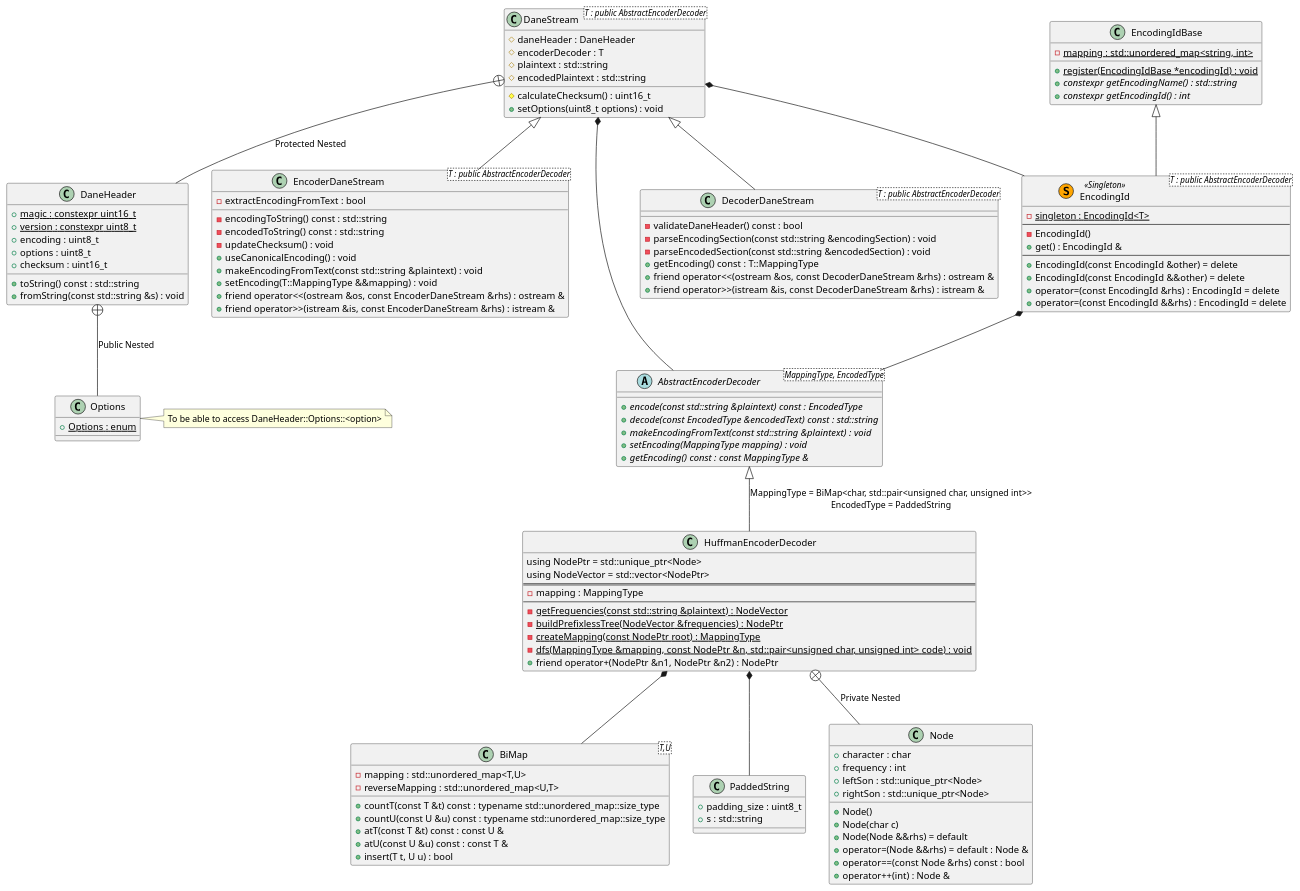
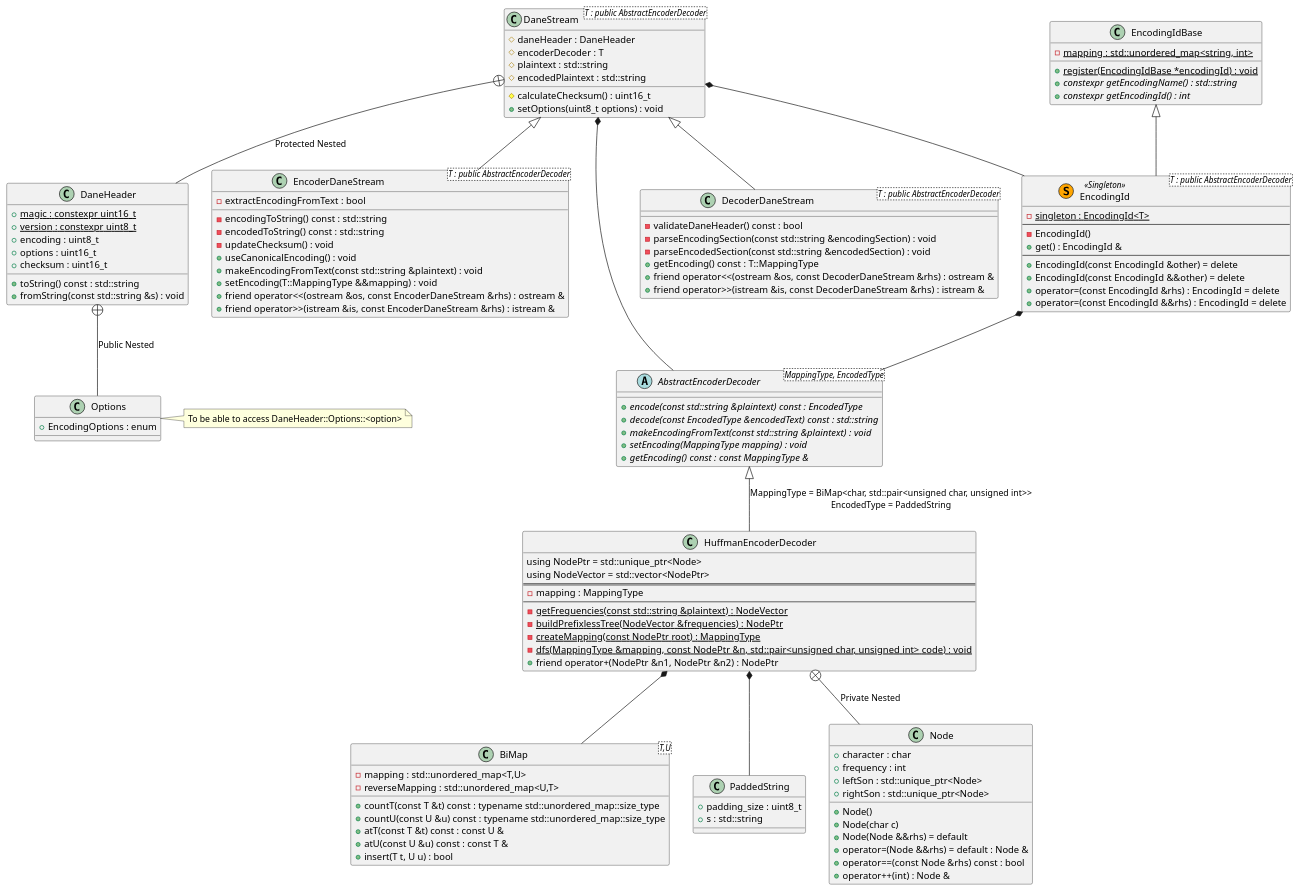
One commit to dan1994/cpp--dane changed the diagram in docs/design.puml. Above: the diagram before and after it, drawn with PlantUML. The commit also changed 2 other files, not shown here.

```diff
--- a/docs/design.puml
+++ b/docs/design.puml
@@ -1,130 +1,130 @@
 @startuml dane
 class BiMap<T,U> {
 	- {field}	mapping : std::unordered_map<T,U>
 	- {field}	reverseMapping : std::unordered_map<U,T>
 	+ {method}	countT(const T &t) const : typename std::unordered_map::size_type
 	+ {method}	countU(const U &u) const : typename std::unordered_map::size_type
 	+ {method}	atT(const T &t) const : const U &
 	+ {method}	atU(const U &u) const : const T &
 	+ {method}	insert(T t, U u) : bool
 }
 
 class PaddedString {
 	+ {field}	padding_size : uint8_t
 	+ {field}	s : std::string
 }
 
 abstract class AbstractEncoderDecoder<MappingType, EncodedType> {
 	+ {method}	{abstract} encode(const std::string &plaintext) const : EncodedType
 	+ {method}	{abstract} decode(const EncodedType &encodedText) const : std::string
 	+ {method}	{abstract} makeEncodingFromText(const std::string &plaintext) : void
 	+ {method}	{abstract} setEncoding(MappingType mapping) : void
 	+ {method}	{abstract} getEncoding() const : const MappingType &
 }
 
 AbstractEncoderDecoder <|-- HuffmanEncoderDecoder : \
 MappingType = BiMap<char, std::pair<unsigned char, unsigned int>>\n\
 EncodedType = PaddedString
 HuffmanEncoderDecoder *-- BiMap
 HuffmanEncoderDecoder *-- PaddedString
 HuffmanEncoderDecoder +-- Node : "Private Nested"
 class HuffmanEncoderDecoder {
 	using NodePtr = std::unique_ptr<Node>
 	using NodeVector = std::vector<NodePtr>
 	==
 	- {field}	mapping : MappingType
 	--
 	- {method}	{static} getFrequencies(const std::string &plaintext) : NodeVector
 	- {method}	{static} buildPrefixlessTree(NodeVector &frequencies) : NodePtr
 	- {method}	{static} createMapping(const NodePtr root) : MappingType
 	- {method}	{static} dfs(MappingType &mapping, const NodePtr &n, \
 std::pair<unsigned char, unsigned int> code) : void
 	+ {method}	friend operator+(NodePtr &n1, NodePtr &n2) : NodePtr
 }
 
 class Node {
 	+ {field}	character : char
 	+ {field}	frequency : int
 	+ {field}	leftSon : std::unique_ptr<Node>
 	+ {field}	rightSon : std::unique_ptr<Node>
 	+ {method}	Node()
 	+ {method}	Node(char c)
 	+ {method}	Node(Node &&rhs) = default
 	+ {method}	operator=(Node &&rhs) = default : Node &
 	+ {method}	operator==(const Node &rhs) const : bool
 	+ {method}	operator++(int) : Node &
 }
 
 DaneStream +-- DaneHeader : Protected Nested
 class DaneHeader {
 	+ {field}	{static} magic : constexpr uint16_t
 	+ {field}	{static} version : constexpr uint8_t
 	+ {field}	encoding : uint8_t
-	+ {field}	options : uint8_t
+	+ {field}	options : uint16_t
 	+ {field}	checksum : uint16_t
 	+ {method}	toString() const : std::string
 	+ {method}	fromString(const std::string &s) : void
 }
 
 DaneHeader +-- Options : Public Nested
 note right of Options : To be able to access DaneHeader::Options::<option>
 class Options {
-	+ {field}	{static} Options : enum
+	+ {field}	EncodingOptions : enum
 }
 
 DaneStream *-- AbstractEncoderDecoder
 DaneStream *-- EncodingId
 class DaneStream<T : public AbstractEncoderDecoder> {
 	# {field}	daneHeader : DaneHeader
 	# {field}	encoderDecoder : T
 	# {field}	plaintext : std::string
 	# {field}	encodedPlaintext : std::string
 	# {method}	calculateChecksum() : uint16_t
 	+ {method}	setOptions(uint8_t options) : void
 }
 
 DaneStream <|-- EncoderDaneStream
 class EncoderDaneStream<T : public AbstractEncoderDecoder> {
 	- {field}	extractEncodingFromText : bool
 	- {method}	encodingToString() const : std::string
 	- {method}	encodedToString() const : std::string
 	- {method}	updateChecksum() : void
 	+ {method}	useCanonicalEncoding() : void
 	+ {method}	makeEncodingFromText(const std::string &plaintext) : void
 	+ {method}	setEncoding(T::MappingType &&mapping) : void
 	+ {method}	friend operator<<(ostream &os, const EncoderDaneStream &rhs) : ostream &
 	+ {method}	friend operator>>(istream &is, const EncoderDaneStream &rhs) : istream &
 }
 
 DaneStream <|-- DecoderDaneStream
 class DecoderDaneStream<T : public AbstractEncoderDecoder> {
 	- {method}	validateDaneHeader() const : bool
 	- {method}	parseEncodingSection(const std::string &encodingSection) : void
 	- {method}	parseEncodedSection(const std::string &encodedSection) : void
 	+ {method}	getEncoding() const : T::MappingType
 	+ {method}	friend operator<<(ostream &os, const DecoderDaneStream &rhs) : ostream &
 	+ {method}	friend operator>>(istream &is, const DecoderDaneStream &rhs) : istream &
 }
 
 class EncodingIdBase {
 	- {field}	{static} mapping : std::unordered_map<string, int>
 	+ {method}	{static} register(EncodingIdBase *encodingId) : void
 	+ {method}	{abstract} constexpr getEncodingName() : std::string
 	+ {method}	{abstract} constexpr getEncodingId() : int
 }
 
 EncodingIdBase <|-- EncodingId
 EncodingId *-- AbstractEncoderDecoder
 class EncodingId<T : public AbstractEncoderDecoder> << (S,Orange) Singleton >> {
 	- {field}	{static} singleton : EncodingId<T>
 	--
 	- {method}	EncodingId()
 	+ {method}	get() : EncodingId &
 	--
 	+ {method}	EncodingId(const EncodingId &other) = delete
 	+ {method}	EncodingId(const EncodingId &&other) = delete
 	+ {method}	operator=(const EncodingId &rhs) : EncodingId = delete
 	+ {method}	operator=(const EncodingId &&rhs) : EncodingId = delete
 }
 
 @enduml
```
